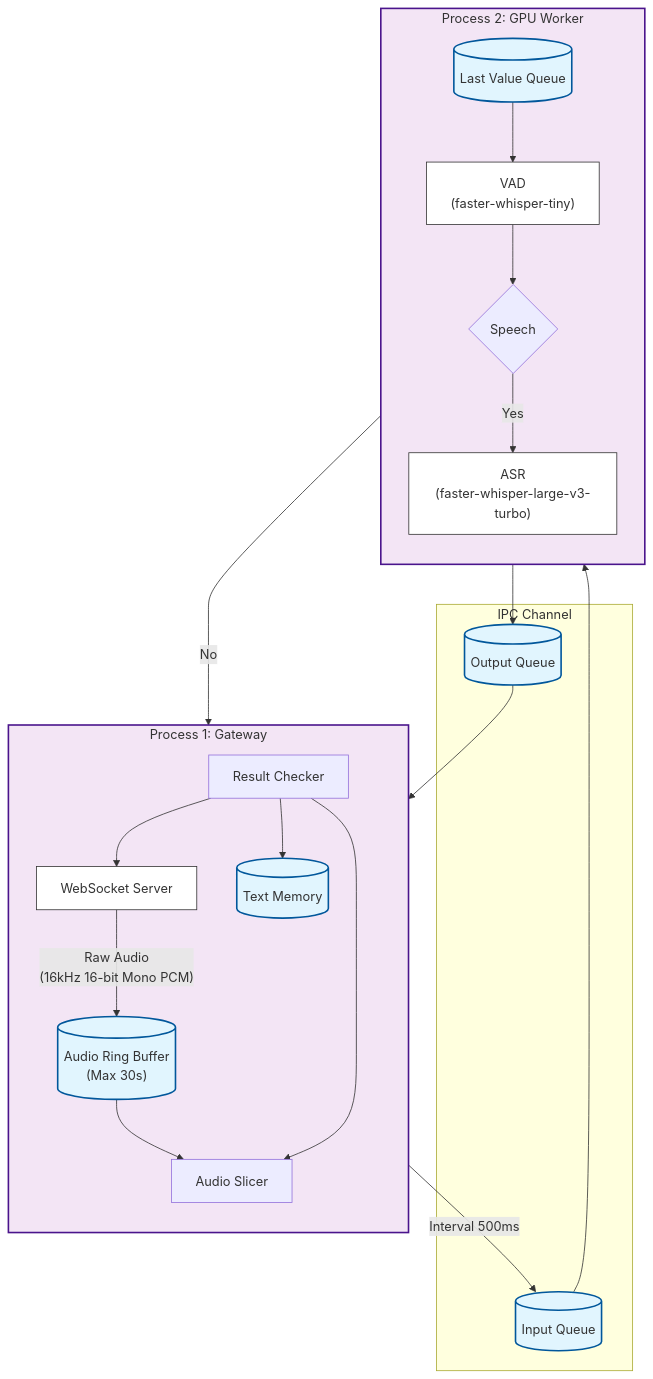
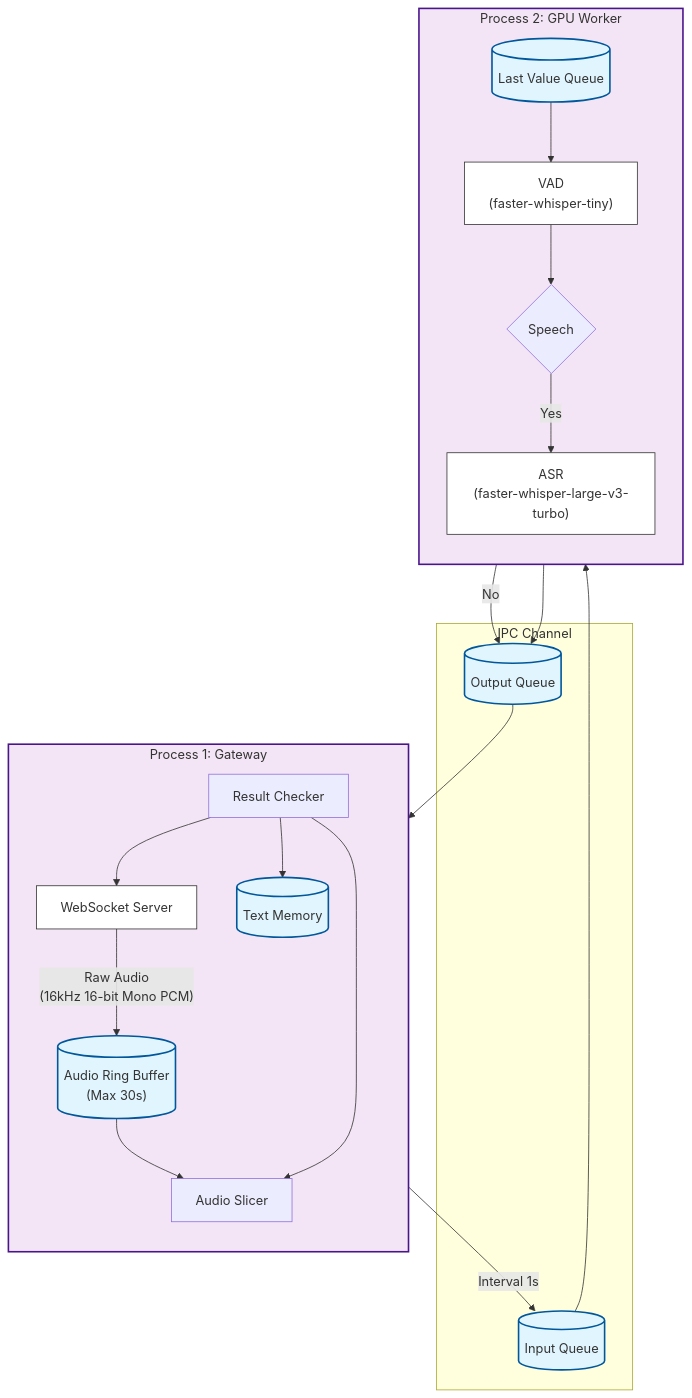
Before and after one commit to vlzx/babylon: the diagram in README.md, drawn with Mermaid. The commit also changed 4 other files, not shown here.

````diff
--- a/README.md
+++ b/README.md
@@ -3,56 +3,56 @@
 ```mermaid
 graph TD
     %% ==========================================
     %% 进程 1: 网关
     %% ==========================================
     subgraph P1 ["Process 1: Gateway"]
         direction TB
         
         WSGateway["WebSocket Server"] 
         -->|"Raw Audio<br/>(16kHz 16-bit Mono PCM)"| RingBuf[("Audio Ring Buffer<br/>(Max 30s)")]
         RingBuf --> Slicer["Audio Slicer"]
 
         ResCheck["Result Checker"] --> TextMem[("Text Memory")]
         ResCheck --> Slicer
         ResCheck --> WSGateway
         
     end
 
     %% ==========================================
     %% IPC 通信层
     %% ==========================================
     subgraph IPC1 ["IPC Channel"]
-        Slicer -->|"Interval 500ms"| Q_In[("Input Queue")]
+        Slicer -->|"Interval 1s"| Q_In[("Input Queue")]
     end
     subgraph IPC1 ["IPC Channel"]
         Q_Out[("Output Queue")] --> ResCheck
     end
 
     %% ==========================================
     %% 进程 2: GPU Worker
     %% ==========================================
     subgraph P2 ["Process 2: GPU Worker"]
         direction TB
         
         Q_In --> LVQ[("Last Value Queue")] --> VAD["VAD<br/>(faster-whisper-tiny)"]
         
         ASR["ASR<br/>(faster-whisper-large-v3-turbo)"]
 
         VAD --> SpeechCheck{"Speech"}
         SpeechCheck --> |"Yes"| ASR
-        SpeechCheck --> |"No"| Slicer
+        SpeechCheck --> |"No"| Q_Out
         
         ASR --> Q_Out
     end
 
     %% 样式
     classDef buffer fill:#e1f5fe,stroke:#01579b,stroke-width:2px;
     classDef process fill:#f3e5f5,stroke:#4a148c,stroke-width:2px;
     classDef component fill:#fff,stroke:#333,stroke-width:1px;
     classDef urgent fill:#ffcdd2,stroke:#b71c1c,stroke-width:2px;
     
     class RingBuf,TextMem,Q_In,Q_Out,LVQ buffer;
     class P1,P2 process;
     class WSGateway,VAD,ASR component;
     class FinalTask,ResFinal urgent;
 ```
````
